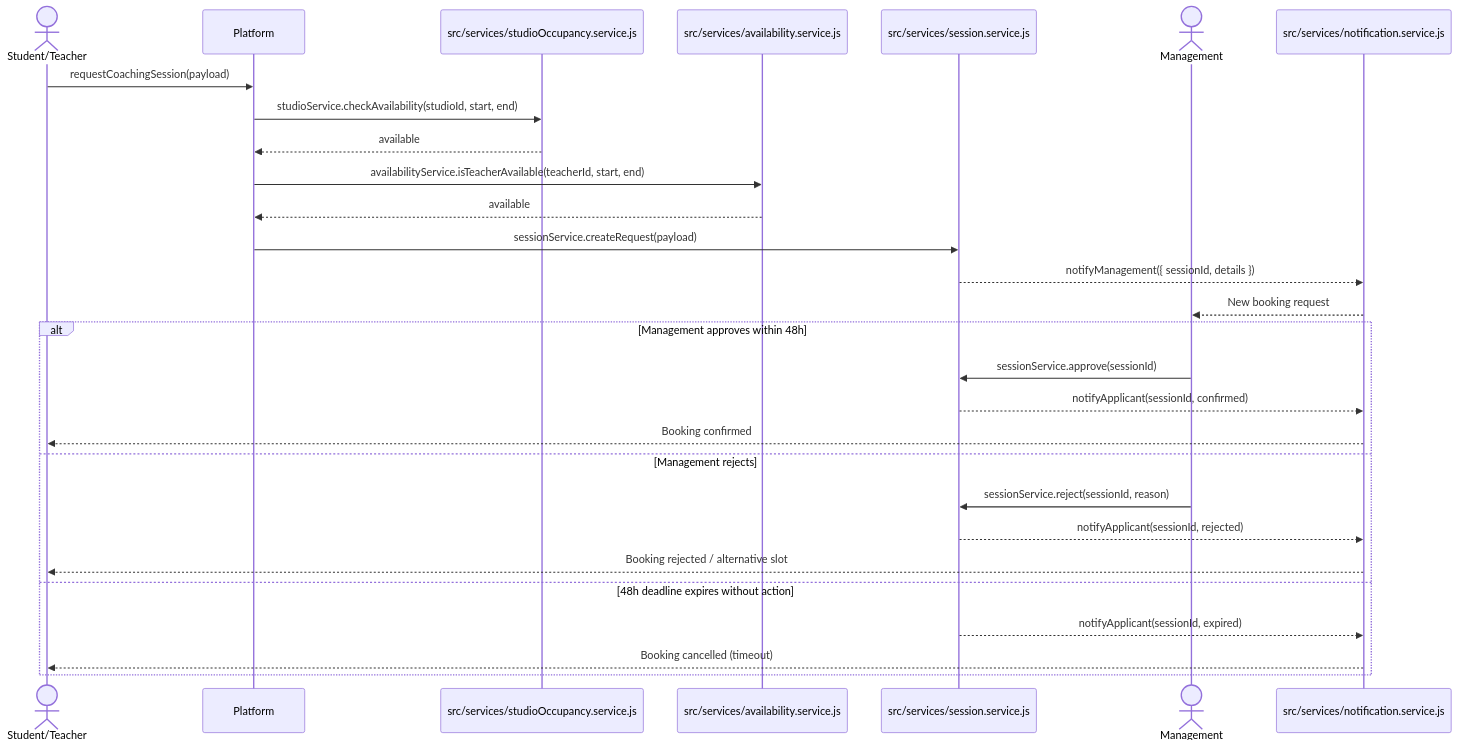
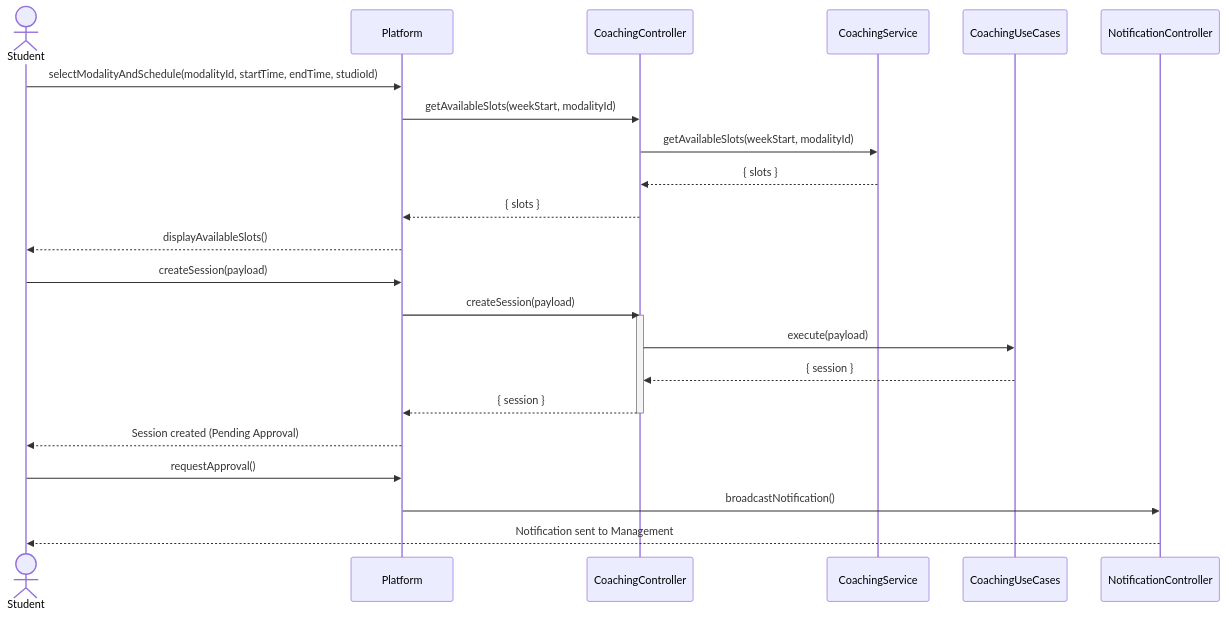
Before and after one commit to NovaLogic-Systems/gestArtes-docs: the second of 20 diagrams in diagrams/Sequence Diagram/sequencediagram.md, drawn with Mermaid. The commit also changed other lines of this file, not shown here.

Commit message:
Refactor sequence diagrams for user authentication, coaching session requests, and admin management

````diff
--- a/diagrams/Sequence Diagram/sequencediagram.md
+++ b/diagrams/Sequence Diagram/sequencediagram.md
@@ -32,31 +30,29 @@
 ```mermaid
 sequenceDiagram
-    actor Applicant as Student/Teacher
-    participant Frontend as Platform
-    participant StudioService as src/services/studioOccupancy.service.js
-    participant AvailabilityService as src/services/availability.service.js
-    participant SessionService as src/services/session.service.js
-    actor Management
-    participant NotificationService as src/services/notification.service.js
+    actor Student
+    participant Platform as Platform
+    participant CoachingController as CoachingController
+    participant CoachingService as CoachingService
+    participant CoachingUseCases as CoachingUseCases
+    participant NotificationController as NotificationController
 
-    Applicant->>Frontend: requestCoachingSession(payload)
-    Frontend->>StudioService: studioService.checkAvailability(studioId, start, end)
-    StudioService-->>Frontend: available
-    Frontend->>AvailabilityService: availabilityService.isTeacherAvailable(teacherId, start, end)
-    AvailabilityService-->>Frontend: available
-    Frontend->>SessionService: sessionService.createRequest(payload)
-    SessionService-->>NotificationService: notifyManagement({ sessionId, details })
-    NotificationService-->>Management: New booking request
-    alt Management approves within 48h
-        Management->>SessionService: sessionService.approve(sessionId)
-        SessionService-->>NotificationService: notifyApplicant(sessionId, confirmed)
-        NotificationService-->>Applicant: Booking confirmed
-    else Management rejects
-        Management->>SessionService: sessionService.reject(sessionId, reason)
-        SessionService-->>NotificationService: notifyApplicant(sessionId, rejected)
-        NotificationService-->>Applicant: Booking rejected / alternative slot
-    else 48h deadline expires without action
-        SessionService-->>NotificationService: notifyApplicant(sessionId, expired)
-        NotificationService-->>Applicant: Booking cancelled (timeout)
-    end
+    Student->>Platform: selectModalityAndSchedule(modalityId, startTime, endTime, studioId)
+    Platform->>CoachingController: getAvailableSlots(weekStart, modalityId)
+    CoachingController->>CoachingService: getAvailableSlots(weekStart, modalityId)
+    CoachingService-->>CoachingController: { slots }
+    CoachingController-->>Platform: { slots }
+    Platform-->>Student: displayAvailableSlots()
+
+    Student->>Platform: createSession(payload)
+    Platform->>CoachingController: createSession(payload)
+    activate CoachingController
+    CoachingController->>CoachingUseCases: execute(payload)
+    CoachingUseCases-->>CoachingController: { session }
+    CoachingController-->>Platform: { session }
+    deactivate CoachingController
+    Platform-->>Student: Session created (Pending Approval)
+
+    Student->>Platform: requestApproval()
+    Platform->>NotificationController: broadcastNotification()
+    NotificationController-->>Student: Notification sent to Management
 ```
````
